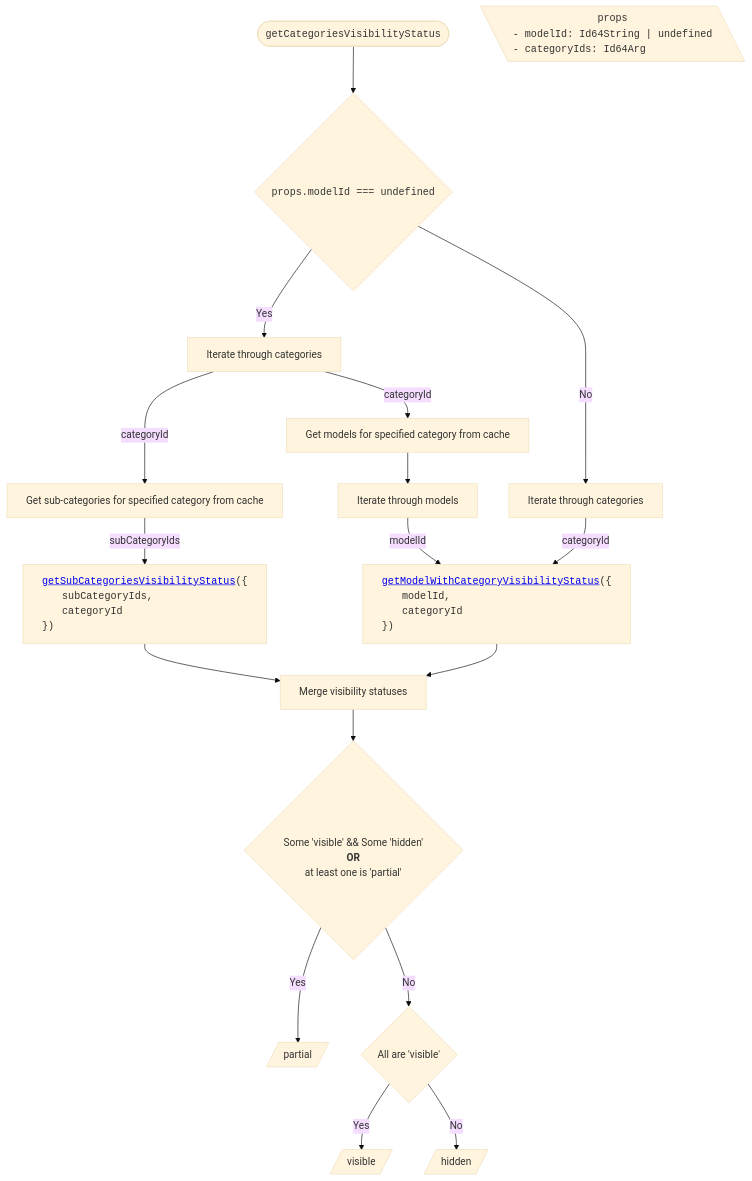
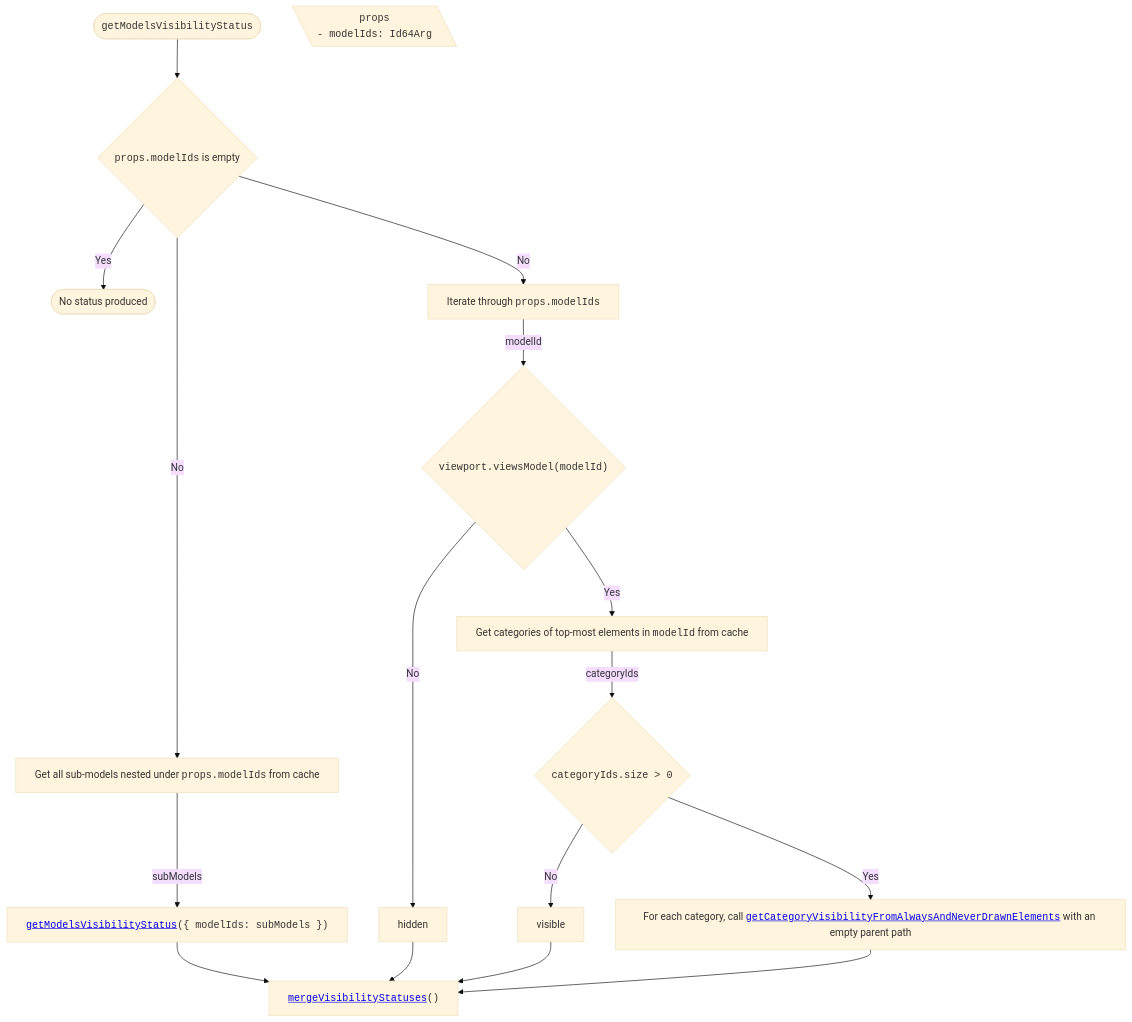
The third of 17 diagrams in packages/itwin/tree-widget/docs/SharedVisibilityHandling.md (iTwin/viewer-components-react), drawn with Mermaid (base theme) before and after one commit. The commit also changed other lines of this file and 4 other files, not shown here.

Commit message:
[Tree widget]: update mermaid diagrams on `next`

````diff
--- a/packages/itwin/tree-widget/docs/SharedVisibilityHandling.md
+++ b/packages/itwin/tree-widget/docs/SharedVisibilityHandling.md
@@ -150,55 +112,35 @@
 ```mermaid
 ---
 config:
   flowchart:
     wrappingWidth: 750
     useMaxWidth: false
 ---
 
 flowchart TD
-  RESULT_Partial[/partial/]
-  RESULT_Visible[/visible/]
-  RESULT_Hidden[/hidden/]
+  RESULT_Empty([No status produced])
 
   %% Start
-  TITLE(["<span style='font-family: monospace;'>getCategoriesVisibilityStatus</span>"]) --> A{<span style='font-family: monospace;'>props.modelId === undefined</span>}
+  TITLE(["<span style='font-family: monospace;'>getModelsVisibilityStatus</span>"]) --> A0{"<span style='font-family: monospace;'>props.modelIds</span> is empty"}
 
   PROPS[\"
     <span style='font-family: monospace;'>props</span>
-    <span style='display: block; text-align: left; font-family: monospace;'>- modelId: Id64String | undefined <br/> - categoryIds: Id64Arg</span>
+    <span style='display: block; text-align: left; font-family: monospace;'>- modelIds: Id64Arg</span>
   "\]
 
-  %% Branch Yes
-  A -- Yes --> B[Iterate through categories]
-  B -- categoryId --> C1[Get sub-categories for specified category from cache]
-  B -- categoryId --> C2[Get models for specified category from cache]
+  A0 -- Yes --> RESULT_Empty
+  A0 -- No --> A["Iterate through <span style='font-family: monospace;'>props.modelIds</span>"]
+  A0 -- No --> B["Get all sub-models nested under <span style='font-family: monospace;'>props.modelIds</span> from cache"]
+  B -- subModels --> B1["<span style='font-family: monospace;'><a href='#getmodelsvisibilitystatus'>getModelsVisibilityStatus</a>({ modelIds: subModels })</span>"]
+  A -- modelId --> C{"<span style='font-family: monospace;'>viewport.viewsModel(modelId)</span>"}
+  C -- No --> C1[hidden]
+  C -- Yes --> D["Get categories of top-most elements in <span style='font-family: monospace;'>modelId</span> from cache"]
+  D -- categoryIds --> E{"<span style='font-family: monospace;'>categoryIds.size > 0</span>"}
+  E -- No --> E1[visible]
+  E -- Yes --> F["For each category, call <span style='font-family: monospace;'><a href='#getcategoryvisibilityfromalwaysandneverdrawnelements'>getCategoryVisibilityFromAlwaysAndNeverDrawnElements</a></span> with an empty parent path"]
 
-  C1 -- subCategoryIds --> D1["<div style='text-align: left; font-family: monospace;'><a href='#getsubcategoriesvisibilitystatus'>getSubCategoriesVisibilityStatus</a>({
-    <span style='padding-left: 2rem;'>subCategoryIds,</span>
-    <span style='padding-left: 2rem;'>categoryId</span>
-    })</div>"]
-
-  C2 --> D2[Iterate through models]
-  D2 -- modelId --> F["<div style='text-align: left; font-family: monospace;'><a href='#getmodelwithcategoryvisibilitystatus'>getModelWithCategoryVisibilityStatus</a>({
-    <span style='padding-left: 2rem;'>modelId,</span>
-    <span style='padding-left: 2rem;'>categoryId</span>
-    })</div>"]
-
-  %% Branch No
-  A -- No --> B2[Iterate through categories]
-  B2 -- categoryId --> F
-
-  %% Merge
-  D1 --> M[Merge visibility statuses]
+  B1 --> M["<span style='font-family: monospace;'><a href='#mergevisibilitystatuses'>mergeVisibilityStatuses</a>()</span>"]
+  C1 --> M
+  E1 --> M
   F --> M
-
-  M --> N{<br/> Some 'visible' && Some 'hidden' <br/> <strong>OR</strong> <br/> at least one is 'partial'}
-
-  %% Results
-  N -- Yes --> RESULT_Partial
-
-  N -- No --> O{All are 'visible'}
-
-  O -- Yes --> RESULT_Visible
-  O -- No --> RESULT_Hidden
 ```
````
